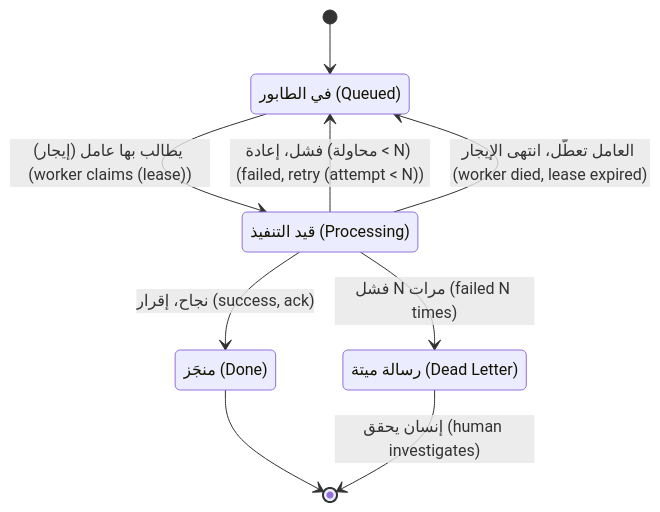
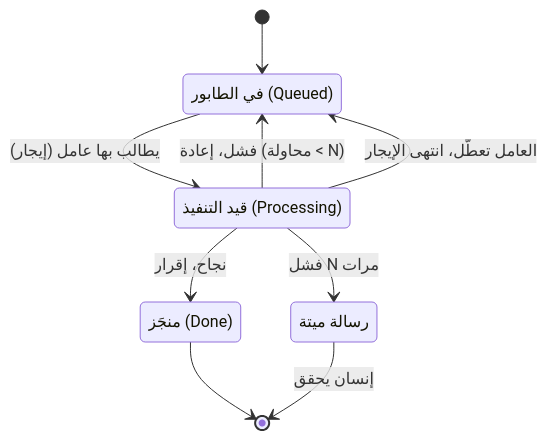
One commit to Tamoura/system-design-for-vibe-coders changed the third of 7 diagrams in modules/10-scaling/module.ar.md. Above: the diagram before and after it, drawn with Mermaid. The commit also changed other lines of this file and 551 other files, not shown here.

````diff
--- a/modules/10-scaling/module.ar.md
+++ b/modules/10-scaling/module.ar.md
@@ -209,15 +209,15 @@
 ```mermaid
 stateDiagram-v2
     state "في الطابور (Queued)" as Q
     state "قيد التنفيذ (Processing)" as P
     state "منجَز (Done)" as D
-    state "رسالة ميتة (Dead Letter)" as DL
+    state "رسالة ميتة" as DL
     [*] --> Q
-    Q --> P: يطالب بها عامل (إيجار) (worker claims (lease))
-    P --> D: نجاح، إقرار (success, ack)
-    P --> Q: فشل، إعادة (محاولة < N) (failed, retry (attempt < N))
-    P --> DL: فشل N مرات (failed N times)
-    P --> Q: العامل تعطّل، انتهى الإيجار (worker died, lease expired)
+    Q --> P: يطالب بها عامل (إيجار)
+    P --> D: نجاح، إقرار
+    P --> Q: فشل، إعادة (محاولة < N)
+    P --> DL: فشل N مرات
+    P --> Q: العامل تعطّل، انتهى الإيجار
     D --> [*]
-    DL --> [*]: إنسان يحقق (human investigates)
+    DL --> [*]: إنسان يحقق
 ```
````
